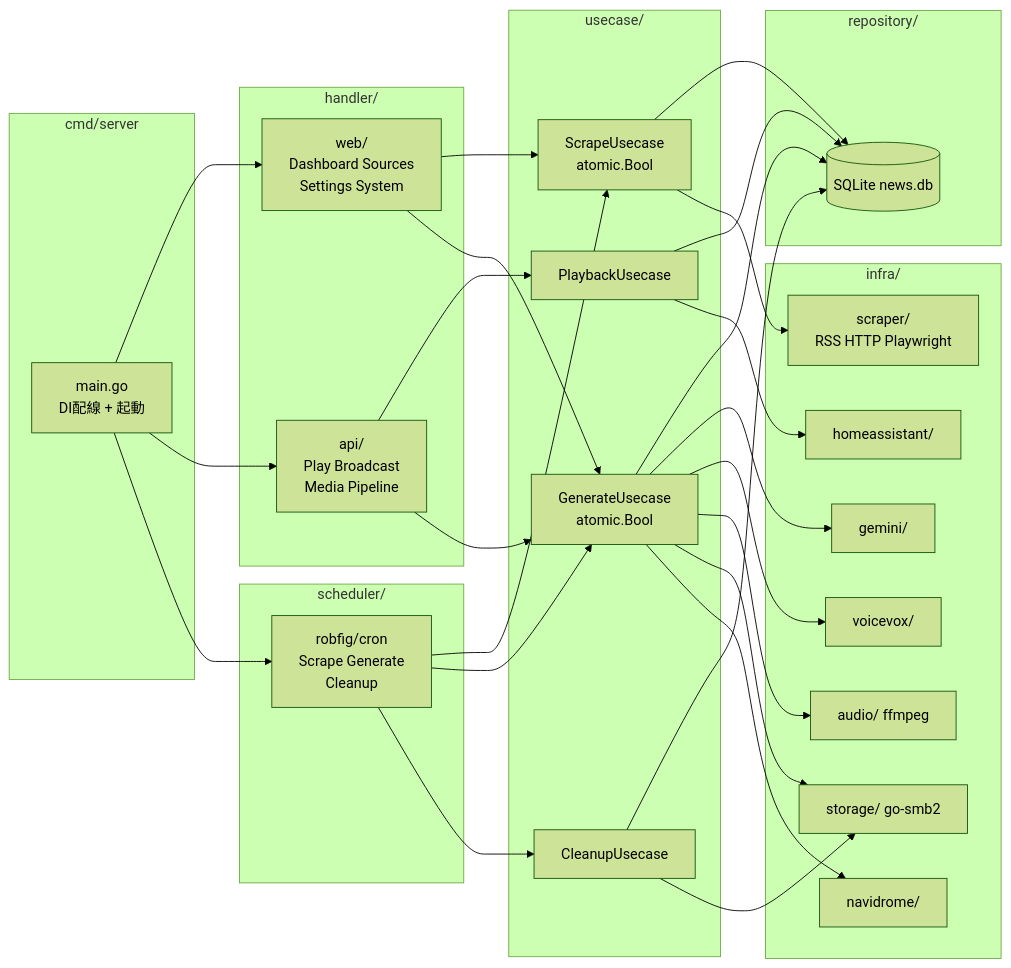
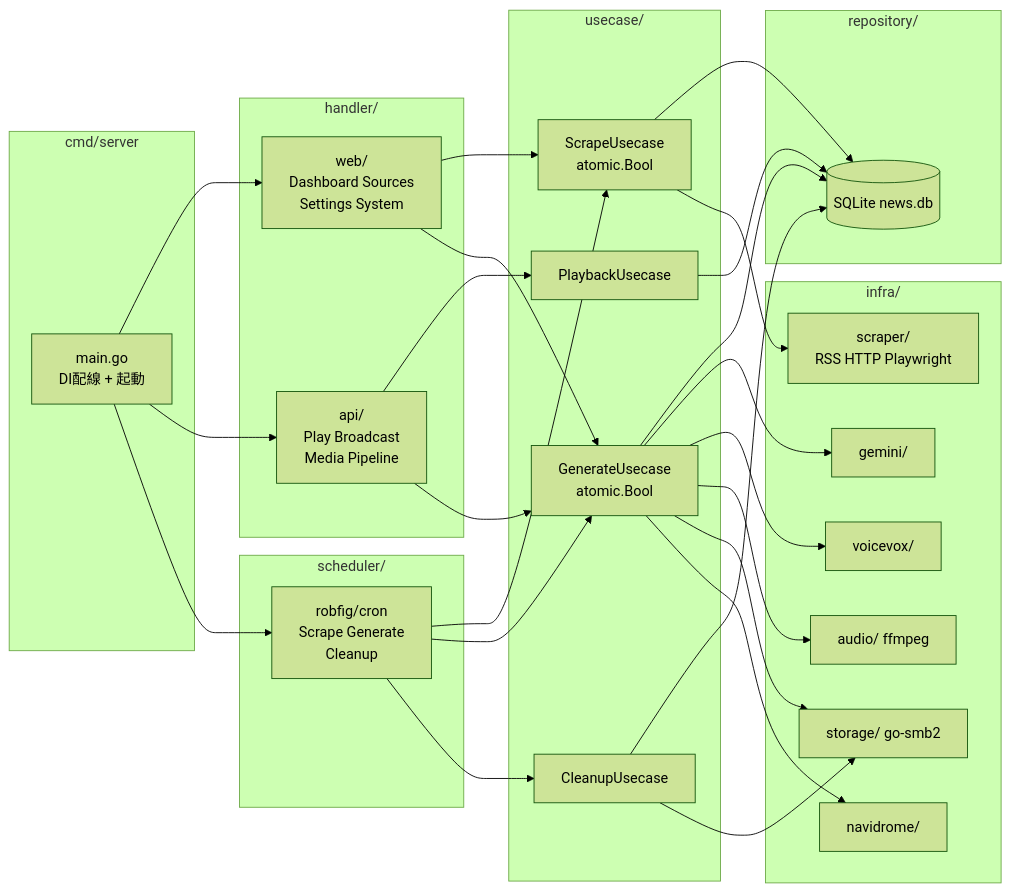
Before and after one commit to svhome01/ai-news: the second of 13 diagrams in PLAN.md, drawn with Mermaid (forest theme). The commit also changed other lines of this file, not shown here.

Commit message:
Refactor audio playback flow in PLAN.md to clarify Home Assistant integration and remove unnecessary API calls

````diff
--- a/PLAN.md
+++ b/PLAN.md
@@ -352,59 +349,57 @@
 ```mermaid
 flowchart LR
     subgraph ENTRY[cmd/server]
         MAIN["main.go<br/>DI配線 + 起動"]
     end
 
     subgraph HANDLER[handler/]
         HW["web/<br/>Dashboard Sources<br/>Settings System"]
         HA2["api/<br/>Play Broadcast<br/>Media Pipeline"]
     end
 
     subgraph SCHED[scheduler/]
         CRON["robfig/cron<br/>Scrape Generate<br/>Cleanup"]
     end
 
     subgraph USECASE[usecase/]
         UScrape["ScrapeUsecase<br/>atomic.Bool"]
         UGen["GenerateUsecase<br/>atomic.Bool"]
         UPlay[PlaybackUsecase]
         UClean[CleanupUsecase]
     end
 
     subgraph REPO[repository/]
         DB[(SQLite news.db)]
     end
 
     subgraph INFRA[infra/]
         Scraper["scraper/<br/>RSS HTTP Playwright"]
         Gemini[gemini/]
         VVX[voicevox/]
         Audio["audio/ ffmpeg"]
         SMB["storage/ go-smb2"]
-        HAC[homeassistant/]
         Navi[navidrome/]
     end
 
     MAIN --> HW
     MAIN --> HA2
     MAIN --> CRON
     HW --> UScrape
     HW --> UGen
     HA2 --> UPlay
     HA2 --> UGen
     CRON --> UScrape
     CRON --> UGen
     CRON --> UClean
     UScrape --> DB
     UScrape --> Scraper
     UGen --> DB
     UGen --> Gemini
     UGen --> VVX
     UGen --> Audio
     UGen --> SMB
     UGen --> Navi
     UPlay --> DB
-    UPlay --> HAC
     UClean --> DB
     UClean --> SMB
 ```
````
